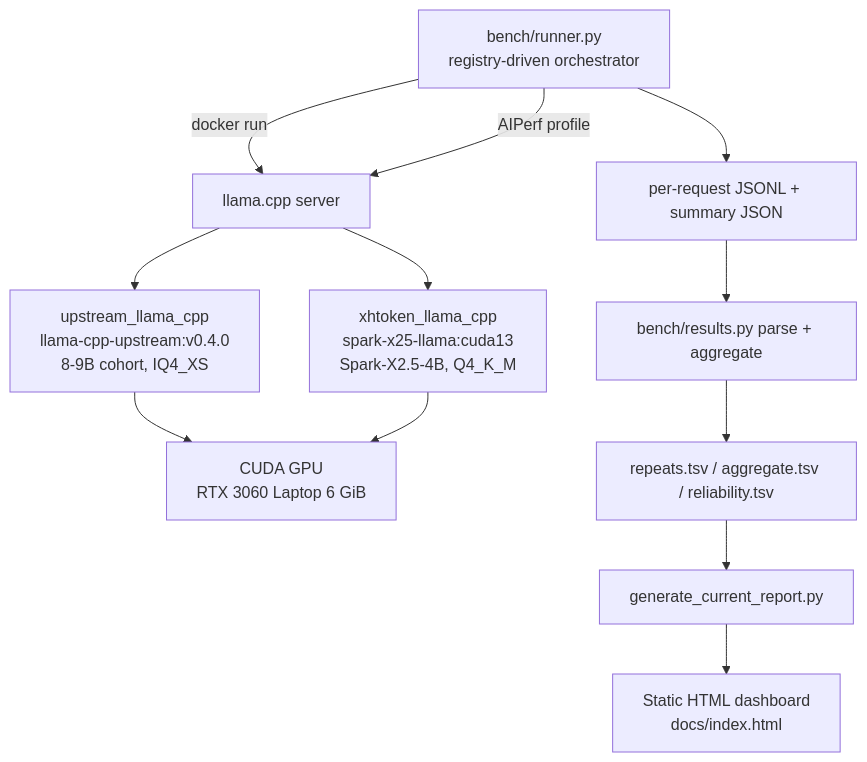
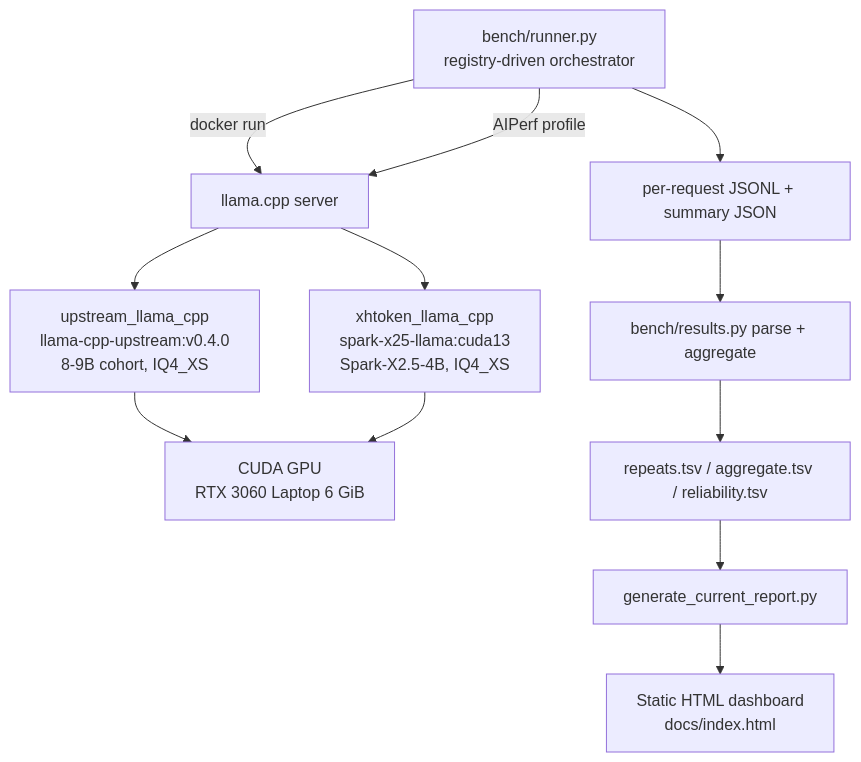
Before and after one commit to jfang2048/llm_benchmark: the diagram in docs/architecture.md, drawn with Mermaid. The commit also changed other lines of this file and 17 other files, not shown here.

````diff
--- a/docs/architecture.md
+++ b/docs/architecture.md
@@ -12,14 +12,14 @@
 ```mermaid
 flowchart TD
     A[bench/runner.py<br/>registry-driven orchestrator] -->|docker run| B[llama.cpp server]
     A -->|AIPerf profile| B
     B --> C[upstream_llama_cpp<br/>llama-cpp-upstream:v0.4.0<br/>8-9B cohort, IQ4_XS]
-    B --> D[xhtoken_llama_cpp<br/>spark-x25-llama:cuda13<br/>Spark-X2.5-4B, Q4_K_M]
+    B --> D[xhtoken_llama_cpp<br/>spark-x25-llama:cuda13<br/>Spark-X2.5-4B, IQ4_XS]
     C --> E[CUDA GPU<br/>RTX 3060 Laptop 6 GiB]
     D --> E
     A --> F[per-request JSONL + summary JSON]
     F --> G[bench/results.py parse + aggregate]
     G --> H[repeats.tsv / aggregate.tsv / reliability.tsv]
     H --> I[generate_current_report.py]
     I --> J[Static HTML dashboard<br/>docs/index.html]
 ```
````
